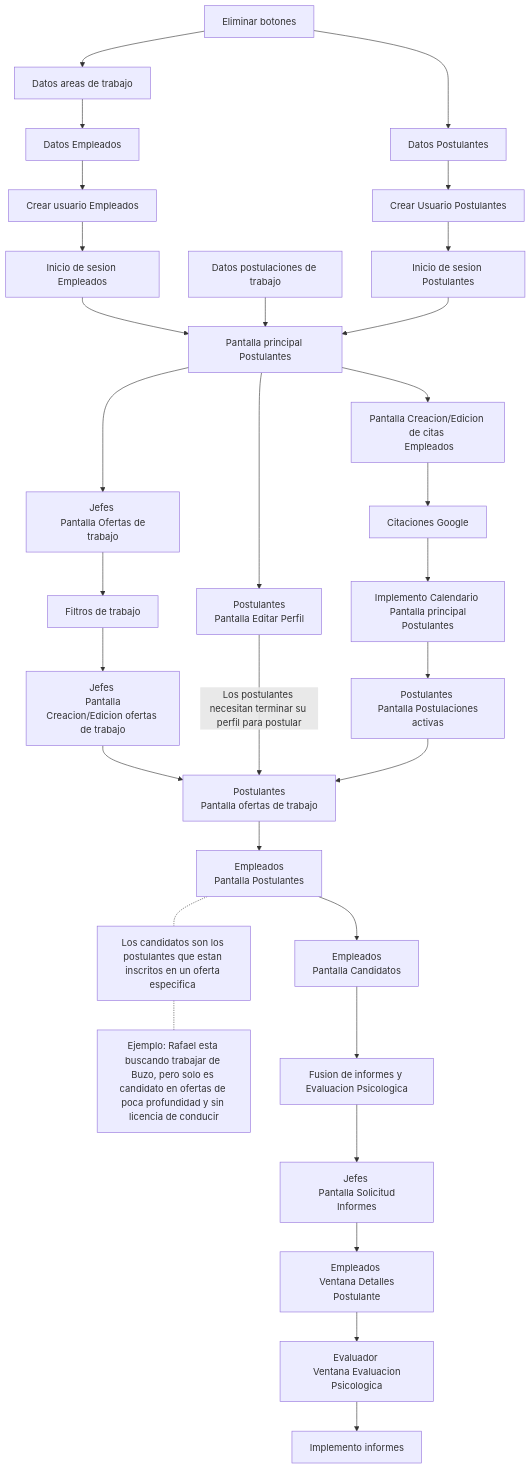
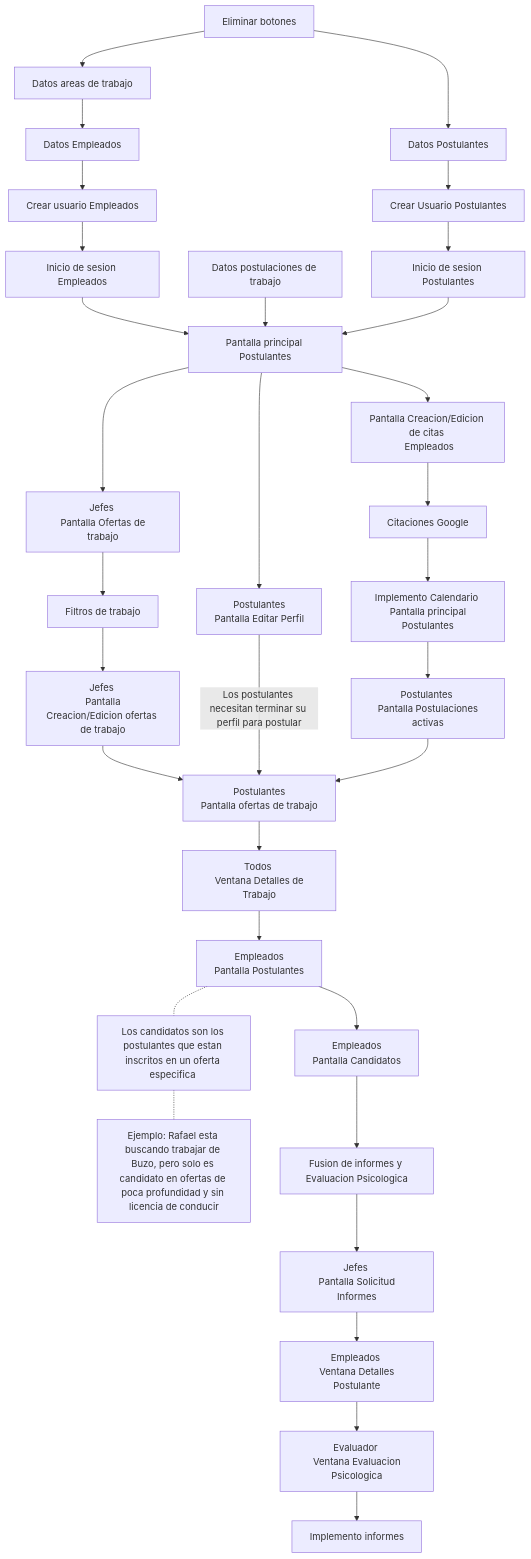
One commit to ruke-duoc-uc/Aqua-Contratos changed the diagram in evidencias/nota_3/CONTRIBUTING.md. Above: the diagram before and after it, drawn with Mermaid.

Commit message:
docs: Paso intermedio ofertas

````diff
--- a/evidencias/nota_3/CONTRIBUTING.md
+++ b/evidencias/nota_3/CONTRIBUTING.md
@@ -1,33 +1,33 @@
 ```mermaid
 graph TD
     A[Eliminar botones]-->A2
     A2[Datos Postulantes]-->B1[Crear Usuario Postulantes]
     B1-->B2
     A-->C1[Datos areas de trabajo]
     C1-->C2[Datos Empleados]
     C2-->C3[Crear usuario Empleados]
     C3-->C4
     C4[Inicio de sesion Empleados]-->B3
     D1[Datos postulaciones de trabajo]-->B3
     B2[Inicio de sesion Postulantes]-->B3
     B3[Pantalla principal Postulantes]-->F1[Jefes <br/> Pantalla Ofertas de trabajo]
     F1-->F4[Filtros de trabajo]
     F4-->F2[Jefes <br/> Pantalla Creacion/Edicion ofertas de trabajo]
     F2-->F3[Postulantes <br/>Pantalla ofertas de trabajo]
-
     B3-->B4[Postulantes <br/> Pantalla Editar Perfil]
     B4 --->|Los postulantes necesitan terminar su perfil para postular|F3
     B3-->E1[Pantalla Creacion/Edicion de citas <br/> Empleados]
     E1-->E2[Citaciones Google]
     E2-->E3[Implemento Calendario <br/> Pantalla principal Postulantes]
     E3-->E4[Postulantes <br/> Pantalla Postulaciones activas]-->F3
-    F3-->D2[Empleados <br/> Pantalla Postulantes]
+    F3-->F5[Todos <br/> Ventana Detalles de Trabajo]-->D2
+    D2[Empleados <br/> Pantalla Postulantes]
     D2-.-D2A[Los candidatos son los postulantes que estan inscritos en un oferta especifica <br/>]
     D2A-.-D2B[Ejemplo: Rafael esta buscando trabajar de Buzo, pero solo es candidato en ofertas de poca profundidad y sin licencia de conducir]
     D2-->D3[Empleados <br/> Pantalla Candidatos]
     D3-->G1[Fusion de informes y Evaluacion Psicologica]
     G1-->G2[Jefes <br/> Pantalla Solicitud Informes]
     G2-->G3[Empleados <br/> Ventana Detalles Postulante]
     G3-->G4[Evaluador <br/> Ventana Evaluacion Psicologica]
     G4-->G5[Implemento informes] 
 ```
````
